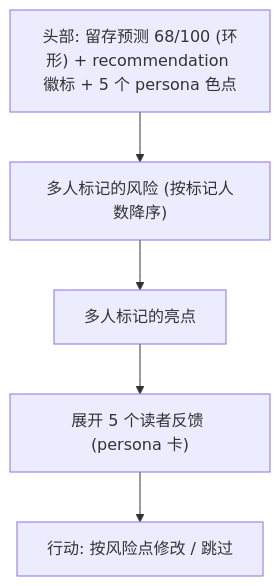
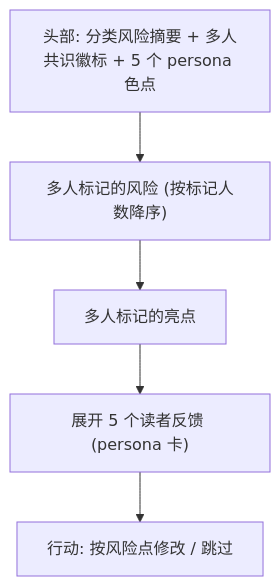
Before and after one commit to jinhuang712/open-novel: the diagram in design/03-reader-panel.md, drawn with Mermaid. The commit also changed other lines of this file and 65 other files, not shown here.

````diff
--- a/design/03-reader-panel.md
+++ b/design/03-reader-panel.md
@@ -9,9 +9,9 @@
 ```mermaid
 flowchart TB
-  HEAD["头部: 留存预测 68/100 (环形) + recommendation 徽标 + 5 个 persona 色点"]
+  HEAD["头部: 分类风险摘要 + 多人共识徽标 + 5 个 persona 色点"]
   RISK["多人标记的风险 (按标记人数降序)"]
   WIN["多人标记的亮点"]
   DETAIL["展开 5 个读者反馈 (persona 卡)"]
   ACT["行动: 按风险点修改 / 跳过"]
   HEAD --> RISK --> WIN --> DETAIL --> ACT
 ```
````
